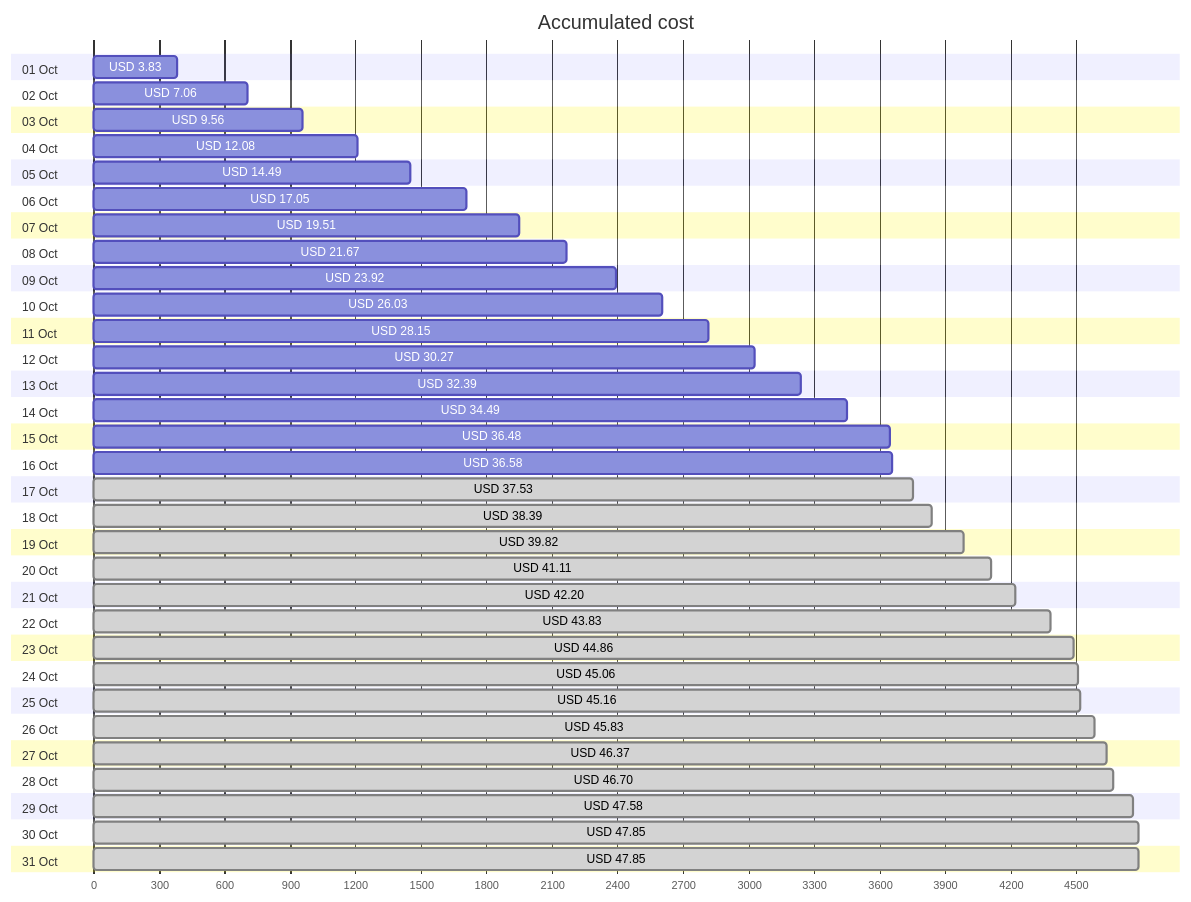
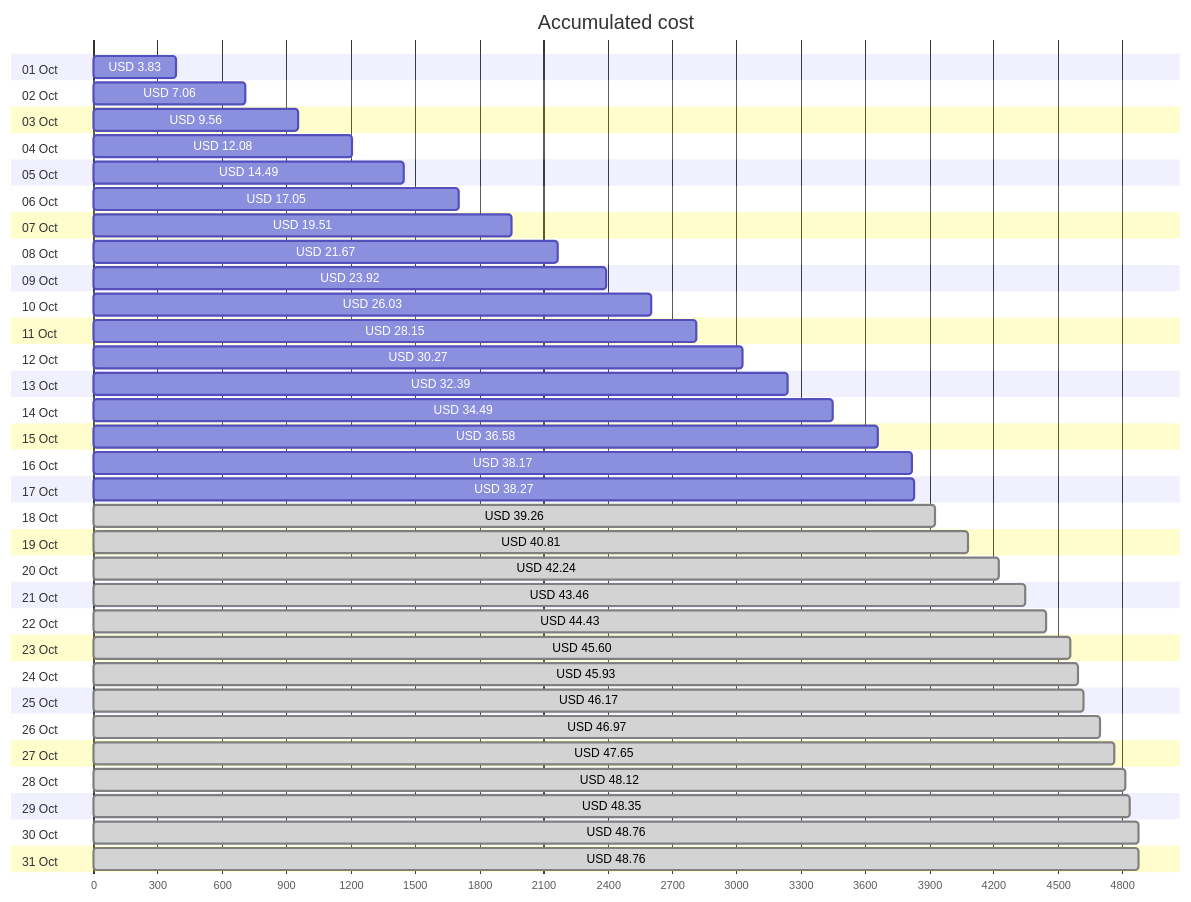
The first of 4 diagrams in cost-reports/accumulated-cost.md (jpfulton/azure-personal-reports), drawn with Mermaid before and after one commit. The commit also changed other lines of this file and 4 other files, not shown here.

````diff
--- a/cost-reports/accumulated-cost.md
+++ b/cost-reports/accumulated-cost.md
@@ -20,68 +20,68 @@
 ```mermaid
 gantt
    title Accumulated cost
    dateFormat  X
    axisFormat %s
    section 01 Oct
    USD 3.83 :0, 383
    section 02 Oct
    USD 7.06 :0, 706
    section 03 Oct
    USD 9.56 :0, 956
    section 04 Oct
    USD 12.08 :0, 1208
    section 05 Oct
    USD 14.49 :0, 1449
    section 06 Oct
    USD 17.05 :0, 1705
    section 07 Oct
    USD 19.51 :0, 1951
    section 08 Oct
    USD 21.67 :0, 2167
    section 09 Oct
    USD 23.92 :0, 2392
    section 10 Oct
    USD 26.03 :0, 2603
    section 11 Oct
    USD 28.15 :0, 2815
    section 12 Oct
    USD 30.27 :0, 3027
    section 13 Oct
    USD 32.39 :0, 3239
    section 14 Oct
    USD 34.49 :0, 3449
    section 15 Oct
-   USD 36.48 :0, 3648
+   USD 36.58 :0, 3658
    section 16 Oct
-   USD 36.58 :0, 3658
+   USD 38.17 :0, 3817
    section 17 Oct
-   USD 37.53 : done, 0, 3753
+   USD 38.27 :0, 3827
    section 18 Oct
-   USD 38.39 : done, 0, 3839
+   USD 39.26 : done, 0, 3926
    section 19 Oct
-   USD 39.82 : done, 0, 3982
+   USD 40.81 : done, 0, 4081
    section 20 Oct
-   USD 41.11 : done, 0, 4111
+   USD 42.24 : done, 0, 4224
    section 21 Oct
-   USD 42.20 : done, 0, 4220
+   USD 43.46 : done, 0, 4346
    section 22 Oct
-   USD 43.83 : done, 0, 4383
+   USD 44.43 : done, 0, 4443
    section 23 Oct
-   USD 44.86 : done, 0, 4486
+   USD 45.60 : done, 0, 4560
    section 24 Oct
-   USD 45.06 : done, 0, 4506
+   USD 45.93 : done, 0, 4593
    section 25 Oct
-   USD 45.16 : done, 0, 4516
+   USD 46.17 : done, 0, 4617
    section 26 Oct
-   USD 45.83 : done, 0, 4583
+   USD 46.97 : done, 0, 4697
    section 27 Oct
-   USD 46.37 : done, 0, 4637
+   USD 47.65 : done, 0, 4765
    section 28 Oct
-   USD 46.70 : done, 0, 4670
+   USD 48.12 : done, 0, 4812
    section 29 Oct
-   USD 47.58 : done, 0, 4758
+   USD 48.35 : done, 0, 4835
    section 30 Oct
-   USD 47.85 : done, 0, 4785
+   USD 48.76 : done, 0, 4876
    section 31 Oct
-   USD 47.85 : done, 0, 4785
+   USD 48.76 : done, 0, 4876
 ```
````
